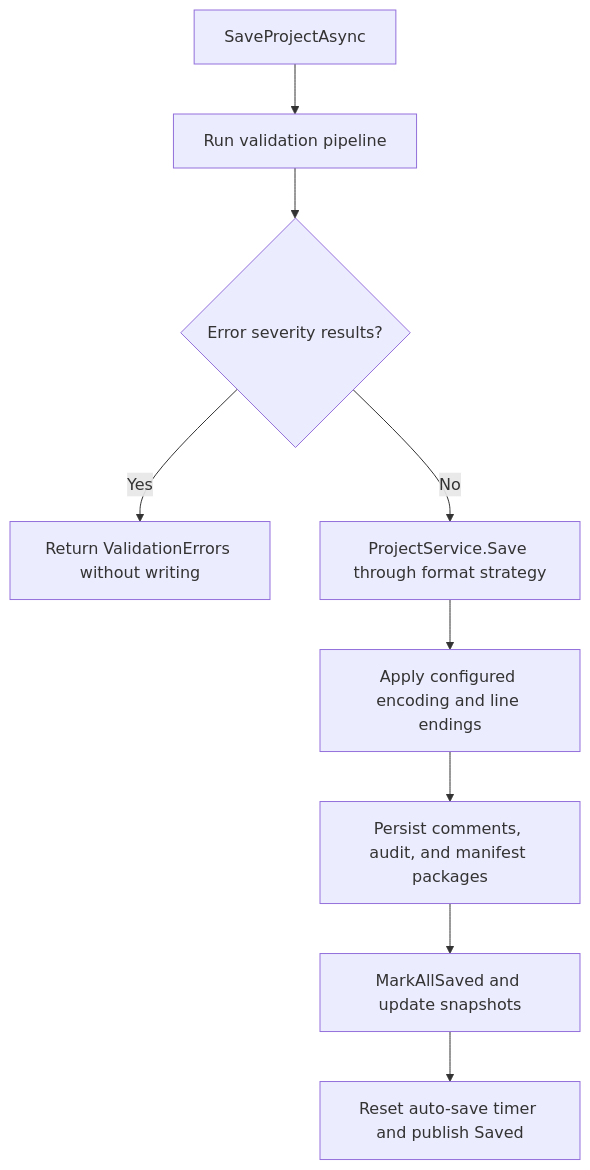
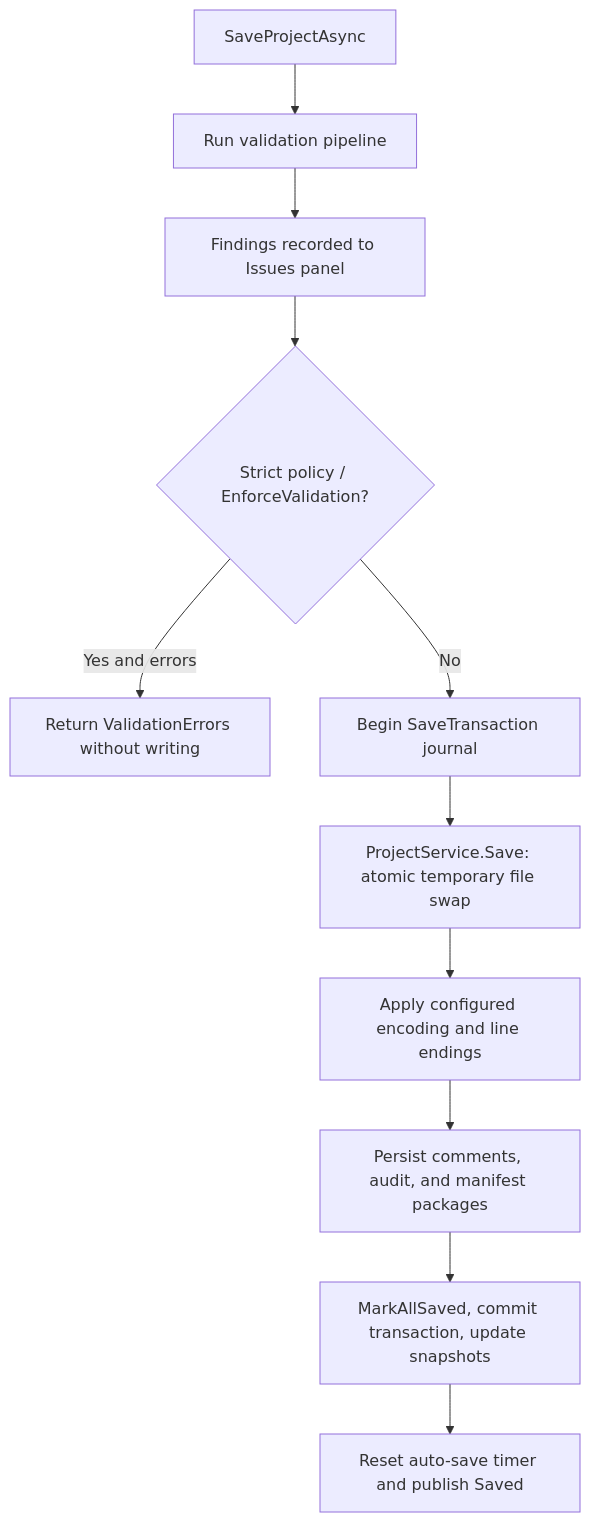
The fifth of 7 diagrams in docs/ARCHITECTURE.md (rasyidf/Toucan), drawn with Mermaid before and after one commit. The commit also changed other lines of this file and 32 other files, not shown here.

````diff
--- a/docs/ARCHITECTURE.md
+++ b/docs/ARCHITECTURE.md
@@ -152,11 +160,13 @@
 ```mermaid
 flowchart TD
     Save["SaveProjectAsync"] --> Validate["Run validation pipeline"]
-    Validate --> Errors{"Error severity results?"}
-    Errors -->|Yes| Stop["Return ValidationErrors without writing"]
-    Errors -->|No| Write["ProjectService.Save through format strategy"]
+    Validate --> Findings["Findings recorded to Issues panel"]
+    Findings --> Strict{"Strict policy / EnforceValidation?"}
+    Strict -->|Yes and errors| Stop["Return ValidationErrors without writing"]
+    Strict -->|No| Journal["Begin SaveTransaction journal"]
+    Journal --> Write["ProjectService.Save: atomic temporary file swap"]
     Write --> Text["Apply configured encoding and line endings"]
     Text --> Meta["Persist comments, audit, and manifest packages"]
-    Meta --> Baseline["MarkAllSaved and update snapshots"]
+    Meta --> Baseline["MarkAllSaved, commit transaction, update snapshots"]
     Baseline --> Timer["Reset auto-save timer and publish Saved"]
 ```
````
